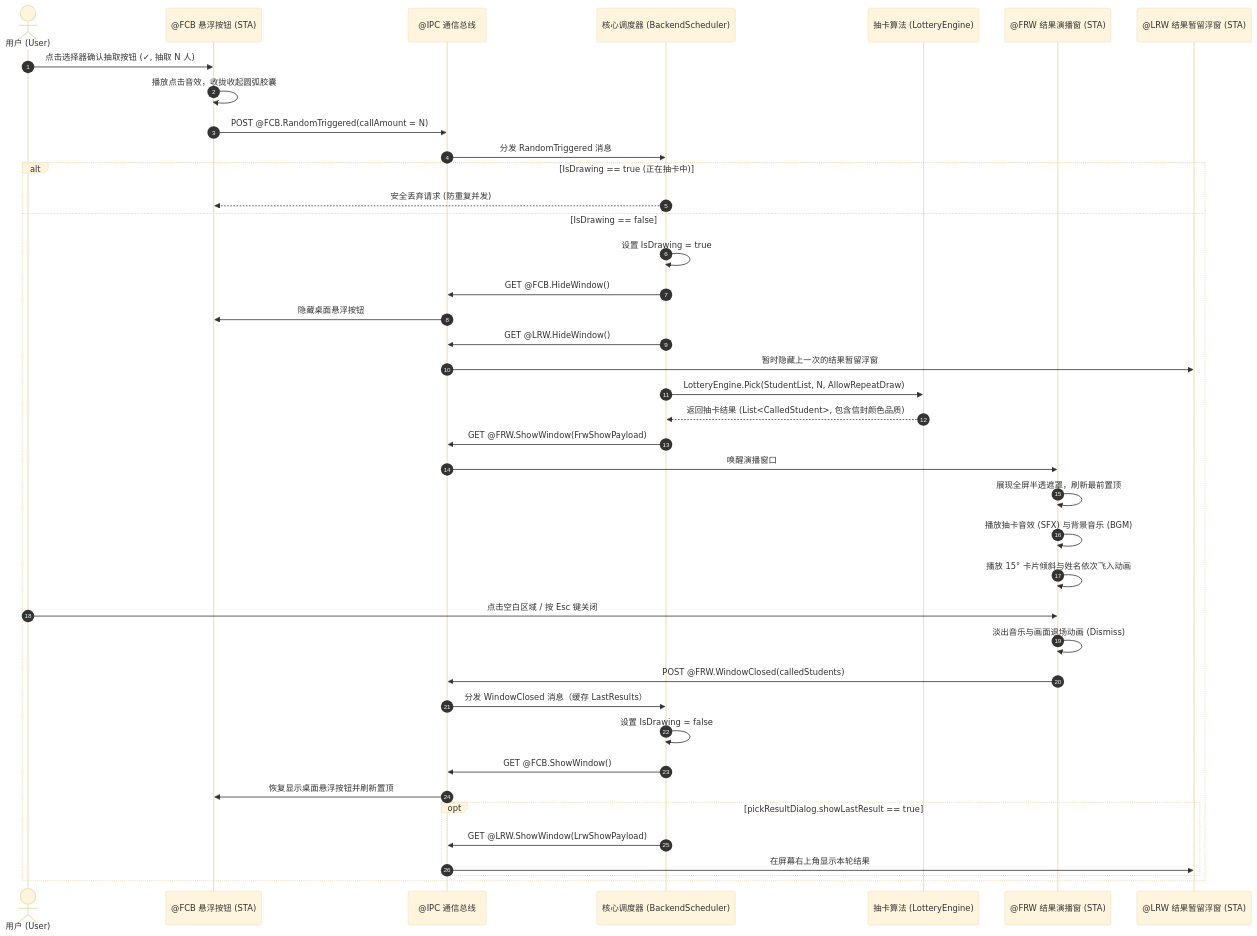
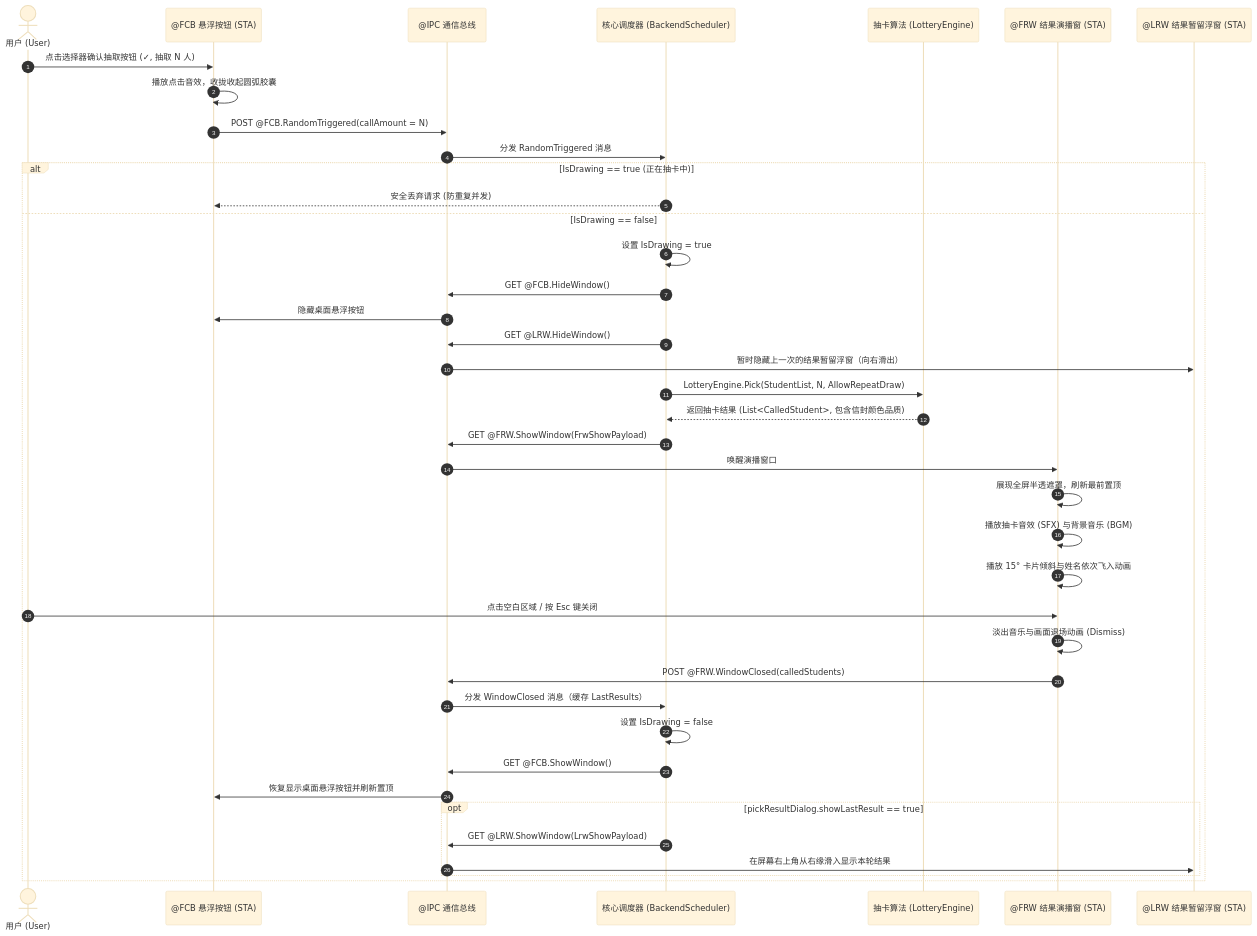
Before and after one commit to Yun-Hydrogen/blue-random: the second of 5 diagrams in docs/ipc.md, drawn with Mermaid (base theme). The commit also changed other lines of this file and 34 other files, not shown here.

````diff
--- a/docs/ipc.md
+++ b/docs/ipc.md
@@ -377,49 +366,49 @@
 ```mermaid
 sequenceDiagram
     autonumber
     actor User as 用户 (User)
     participant FCB as @FCB 悬浮按钮 (STA)
     participant Bus as @IPC 通信总线
     participant Scheduler as 核心调度器 (BackendScheduler)
     participant Engine as 抽卡算法 (LotteryEngine)
     participant FRW as @FRW 结果演播窗 (STA)
     participant LRW as @LRW 结果暂留浮窗 (STA)
 
     User->>FCB: 点击选择器确认抽取按钮 (✓, 抽取 N 人)
     FCB->>FCB: 播放点击音效，收拢收起圆弧胶囊
     FCB->>Bus: POST @FCB.RandomTriggered(callAmount = N)
     Bus->>Scheduler: 分发 RandomTriggered 消息
 
     alt IsDrawing == true (正在抽卡中)
         Scheduler-->>FCB: 安全丢弃请求 (防重复并发)
     else IsDrawing == false
         Scheduler->>Scheduler: 设置 IsDrawing = true
         Scheduler->>Bus: GET @FCB.HideWindow()
         Bus->>FCB: 隐藏桌面悬浮按钮
         Scheduler->>Bus: GET @LRW.HideWindow()
-        Bus->>LRW: 暂时隐藏上一次的结果暂留浮窗
+        Bus->>LRW: 暂时隐藏上一次的结果暂留浮窗（向右滑出）
 
         Scheduler->>Engine: LotteryEngine.Pick(StudentList, N, AllowRepeatDraw)
         Engine-->>Scheduler: 返回抽卡结果 (List<CalledStudent>, 包含信封颜色品质)
 
         Scheduler->>Bus: GET @FRW.ShowWindow(FrwShowPayload)
         Bus->>FRW: 唤醒演播窗口
         FRW->>FRW: 展现全屏半透遮罩，刷新最前置顶
         FRW->>FRW: 播放抽卡音效 (SFX) 与背景音乐 (BGM)
         FRW->>FRW: 播放 15° 卡片倾斜与姓名依次飞入动画
 
         User->>FRW: 点击空白区域 / 按 Esc 键关闭
         FRW->>FRW: 淡出音乐与画面退场动画 (Dismiss)
         FRW->>Bus: POST @FRW.WindowClosed(calledStudents)
         Bus->>Scheduler: 分发 WindowClosed 消息（缓存 LastResults）
 
         Scheduler->>Scheduler: 设置 IsDrawing = false
         Scheduler->>Bus: GET @FCB.ShowWindow()
         Bus->>FCB: 恢复显示桌面悬浮按钮并刷新置顶
 
         opt pickResultDialog.showLastResult == true
             Scheduler->>Bus: GET @LRW.ShowWindow(LrwShowPayload)
-            Bus->>LRW: 在屏幕右上角显示本轮结果
+            Bus->>LRW: 在屏幕右上角从右缘滑入显示本轮结果
         end
     end
 ```
````
